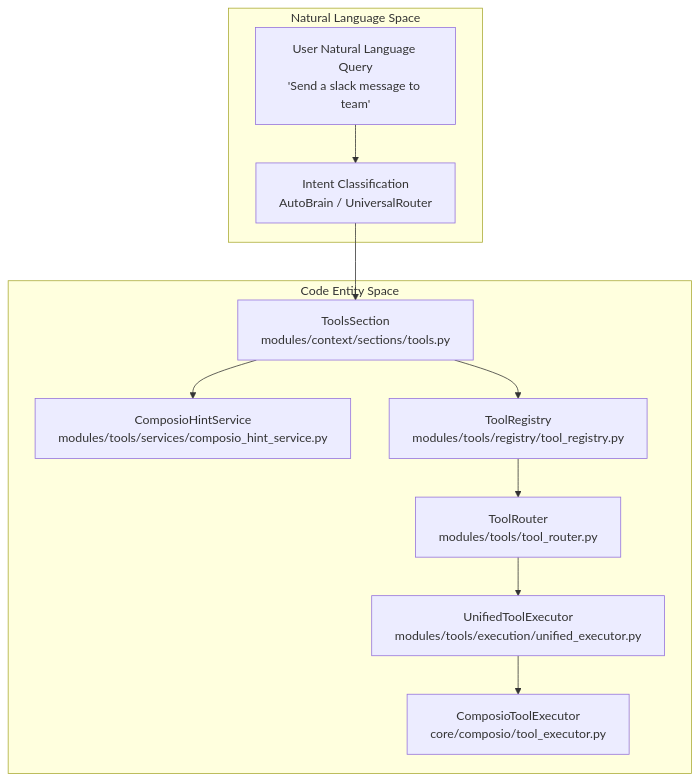
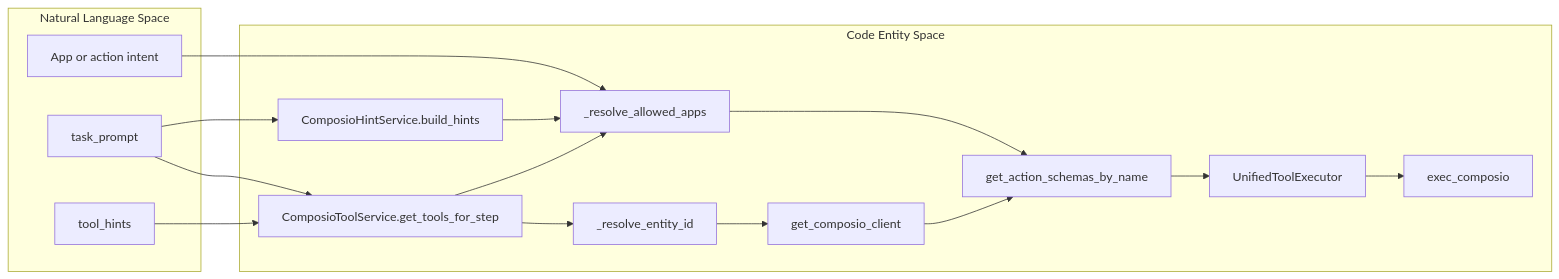
One commit to AutomatosAI/automatos-ai changed the second of 2 diagrams in docs/tools-integrations/_index.md. Above: the diagram before and after it, drawn with Mermaid. The commit also changed other lines of this file and 188 other files, not shown here.

First line of the commit message:
docs: refresh architecture docs and add coverage for new subsystems (#1416)

````diff
--- a/docs/tools-integrations/_index.md
+++ b/docs/tools-integrations/_index.md
@@ -40,24 +102,32 @@
 ```mermaid
-graph TB
+graph LR
     subgraph "Natural Language Space"
-        UserQuery["User Natural Language Query<br/>'Send a slack message to team'"]
-        Intent["Intent Classification<br/>AutoBrain / UniversalRouter"]
+        TASK["task_prompt"]
+        HINT["tool_hints"]
+        APP_INTENT["App or action intent"]
     end
 
     subgraph "Code Entity Space"
-        ToolsSec["ToolsSection<br/>modules/context/sections/tools.py"]
-        HintServ["ComposioHintService<br/>modules/tools/services/composio_hint_service.py"]
-        Registry["ToolRegistry<br/>modules/tools/registry/tool_registry.py"]
-        Router["ToolRouter<br/>modules/tools/tool_router.py"]
-        Executor["UnifiedToolExecutor<br/>modules/tools/execution/unified_executor.py"]
-        ComposioExec["ComposioToolExecutor<br/>core/composio/tool_executor.py"]
+        HINT_SERVICE["ComposioHintService.build_hints"]
+        TOOL_SERVICE["ComposioToolService.get_tools_for_step"]
+        ALLOWED_APPS["_resolve_allowed_apps"]
+        ENTITY["_resolve_entity_id"]
+        CLIENT["get_composio_client"]
+        SCHEMAS["get_action_schemas_by_name"]
+        UNIFIED["UnifiedToolExecutor"]
+        EXEC_COMPOSIO["exec_composio"]
     end
 
-    UserQuery --> Intent
-    Intent --> ToolsSec
-    ToolsSec --> HintServ
-    ToolsSec --> Registry
-    Registry --> Router
-    Router --> Executor
-    Executor --> ComposioExec
+    TASK --> HINT_SERVICE
+    TASK --> TOOL_SERVICE
+    HINT --> TOOL_SERVICE
+    APP_INTENT --> ALLOWED_APPS
+    HINT_SERVICE --> ALLOWED_APPS
+    TOOL_SERVICE --> ALLOWED_APPS
+    TOOL_SERVICE --> ENTITY
+    ENTITY --> CLIENT
+    ALLOWED_APPS --> SCHEMAS
+    CLIENT --> SCHEMAS
+    SCHEMAS --> UNIFIED
+    UNIFIED --> EXEC_COMPOSIO
 ```
````
